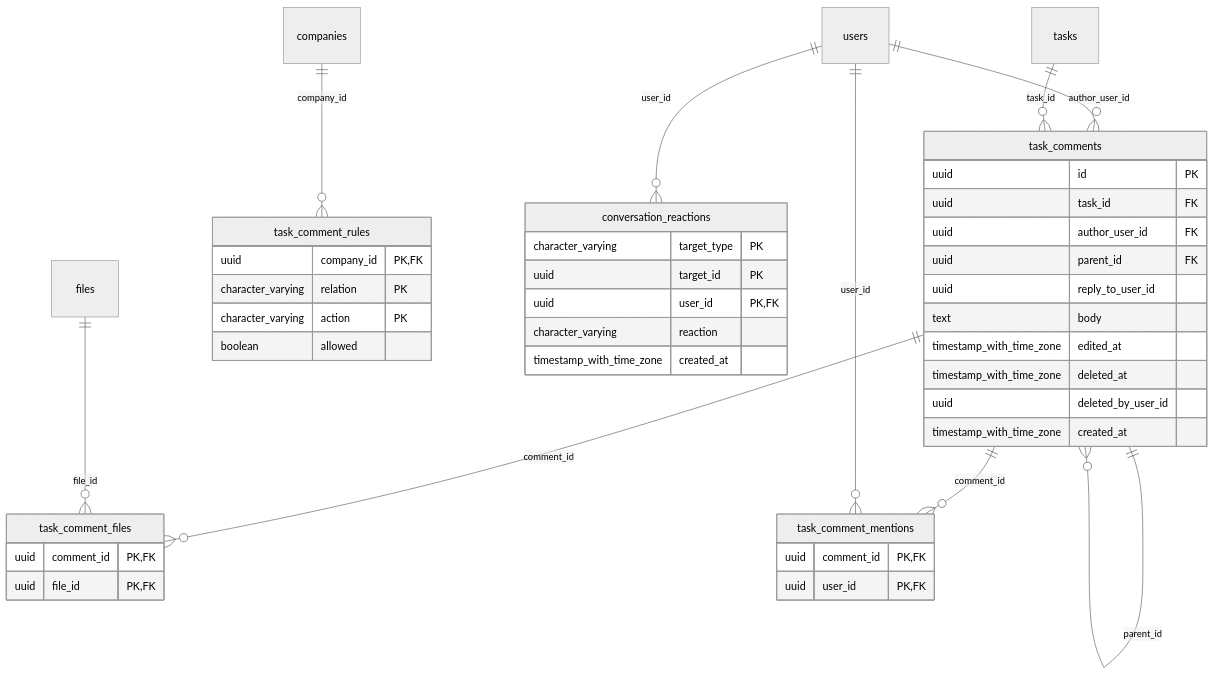
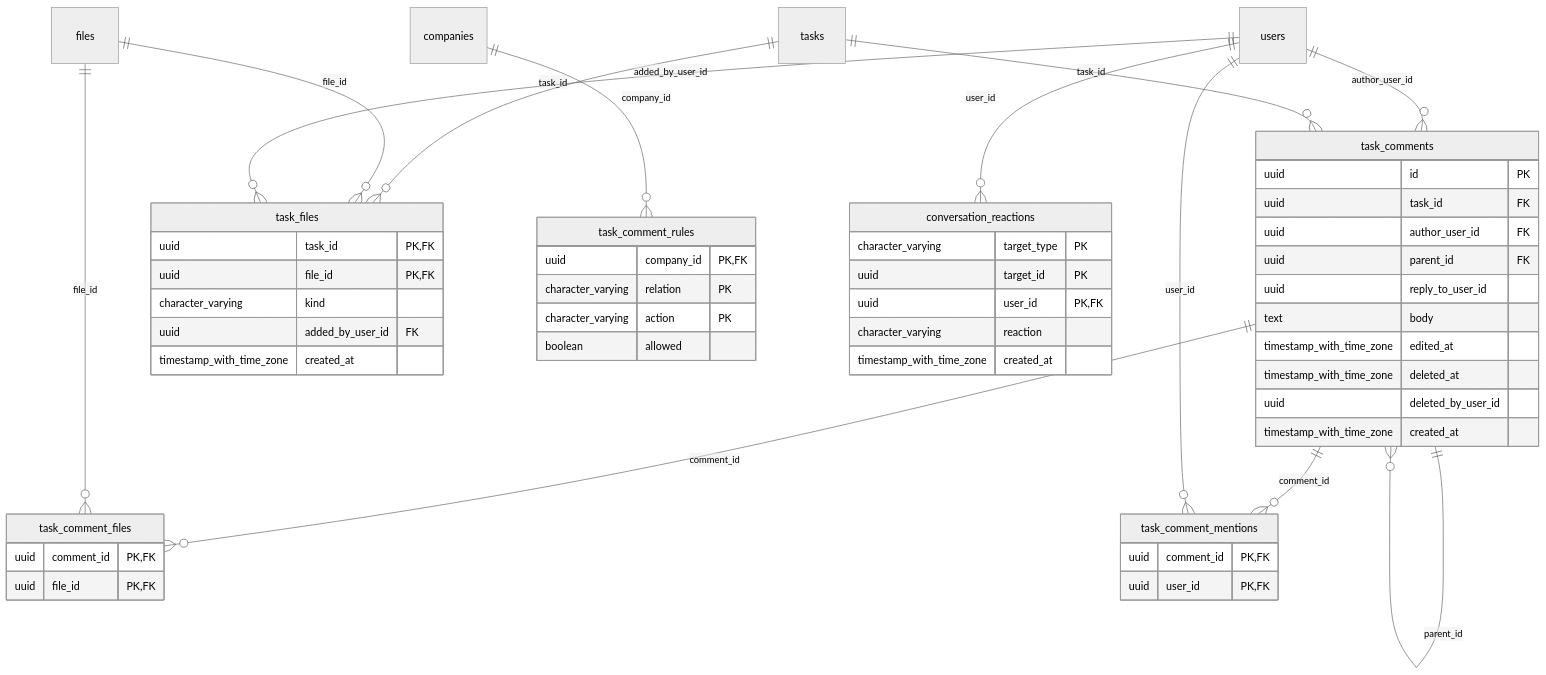
Before and after one commit to Arweqah-Company/arweqah_platform: the eighth of 11 diagrams in docs/database-design.md, drawn with Mermaid (neutral theme). The commit also changed other lines of this file and 119 other files, not shown here.

````diff
--- a/docs/database-design.md
+++ b/docs/database-design.md
@@ -941,45 +951,55 @@
 ```mermaid
 erDiagram
   task_comments {
     uuid id PK
     uuid task_id FK
     uuid author_user_id FK
     uuid parent_id FK
     uuid reply_to_user_id
     text body
     timestamp_with_time_zone edited_at
     timestamp_with_time_zone deleted_at
     uuid deleted_by_user_id
     timestamp_with_time_zone created_at
   }
   task_comment_files {
     uuid comment_id PK,FK
     uuid file_id PK,FK
+  }
+  task_files {
+    uuid task_id PK,FK
+    uuid file_id PK,FK
+    character_varying kind
+    uuid added_by_user_id FK
+    timestamp_with_time_zone created_at
   }
   task_comment_mentions {
     uuid comment_id PK,FK
     uuid user_id PK,FK
   }
   task_comment_rules {
     uuid company_id PK,FK
     character_varying relation PK
     character_varying action PK
     boolean allowed
   }
   conversation_reactions {
     character_varying target_type PK
     uuid target_id PK
     uuid user_id PK,FK
     character_varying reaction
     timestamp_with_time_zone created_at
   }
   users ||--o{ conversation_reactions : "user_id"
   users ||--o{ task_comments : "author_user_id"
   task_comments ||--o{ task_comments : "parent_id"
   tasks ||--o{ task_comments : "task_id"
+  tasks ||--o{ task_files : "task_id"
+  files ||--o{ task_files : "file_id"
+  users ||--o{ task_files : "added_by_user_id"
   task_comments ||--o{ task_comment_files : "comment_id"
   files ||--o{ task_comment_files : "file_id"
   task_comments ||--o{ task_comment_mentions : "comment_id"
   users ||--o{ task_comment_mentions : "user_id"
   companies ||--o{ task_comment_rules : "company_id"
 ```
````
